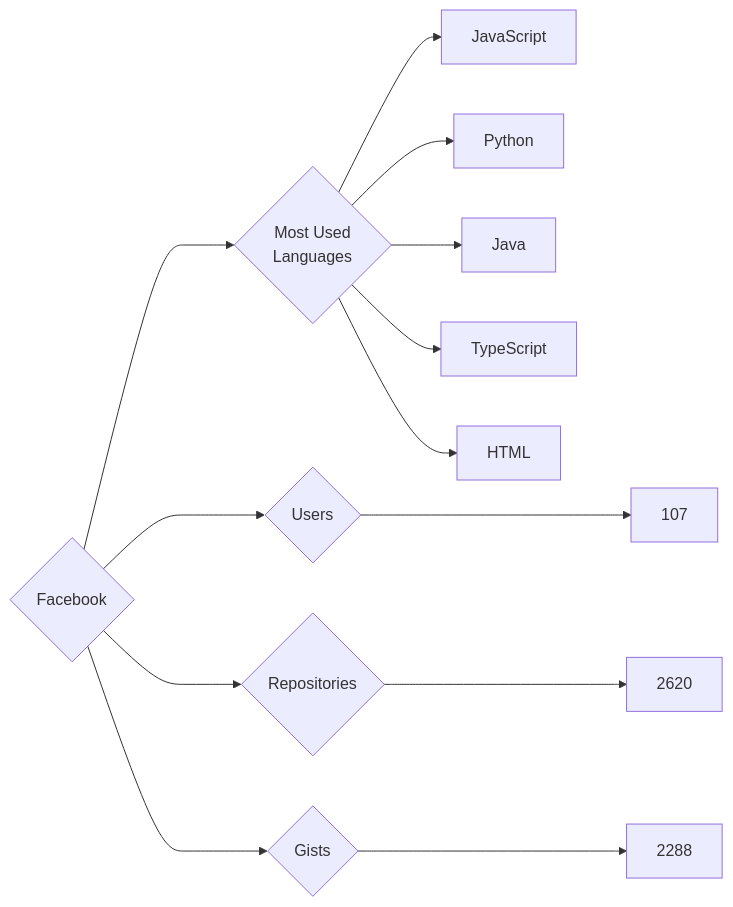
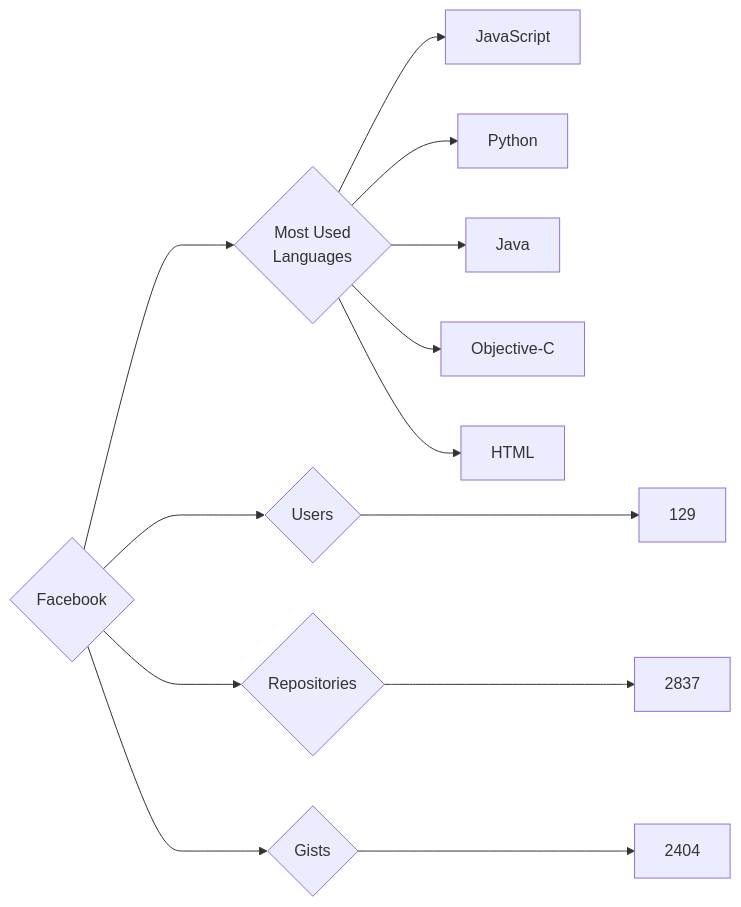
One commit to trickest/insiders changed the diagram in targets/Facebook/README.md. Above: the diagram before and after it, drawn with Mermaid. The commit also changed 633 other files, not shown here.

````diff
--- a/targets/Facebook/README.md
+++ b/targets/Facebook/README.md
@@ -3,13 +3,13 @@
 ```mermaid
 graph LR
 COMPANY_NAME{Facebook}
-COMPANY_NAME ---> U{Users} ---> UN[107]
-COMPANY_NAME ---> R{Repositories} ---> RN[2620]
-COMPANY_NAME ---> G{Gists} ---> GN[2288]
+COMPANY_NAME ---> U{Users} ---> UN[129]
+COMPANY_NAME ---> R{Repositories} ---> RN[2837]
+COMPANY_NAME ---> G{Gists} ---> GN[2404]
 COMPANY_NAME ---> ML{Most Used<br>Languages}
 ML --> JavaScript[JavaScript]
 ML --> Python[Python]
 ML --> Java[Java]
-ML --> TypeScript[TypeScript]
+ML --> Objective-C[Objective-C]
 ML --> HTML[HTML]
 ```
````
